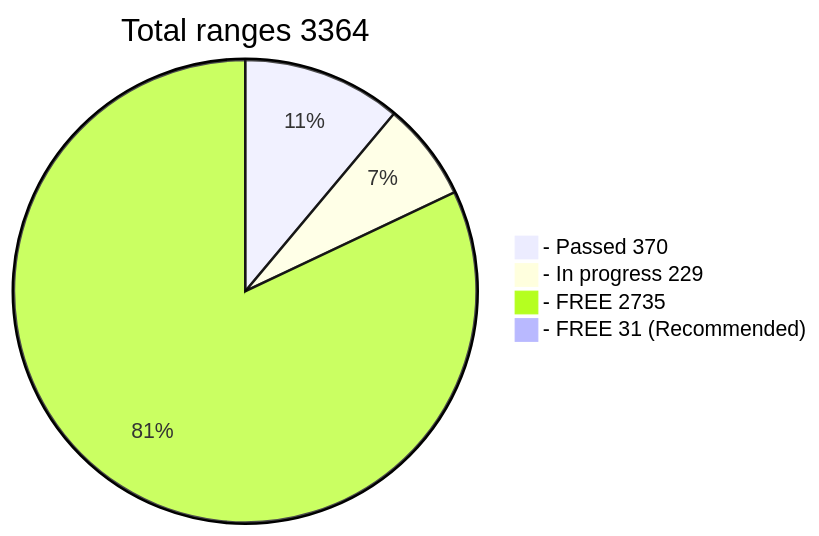
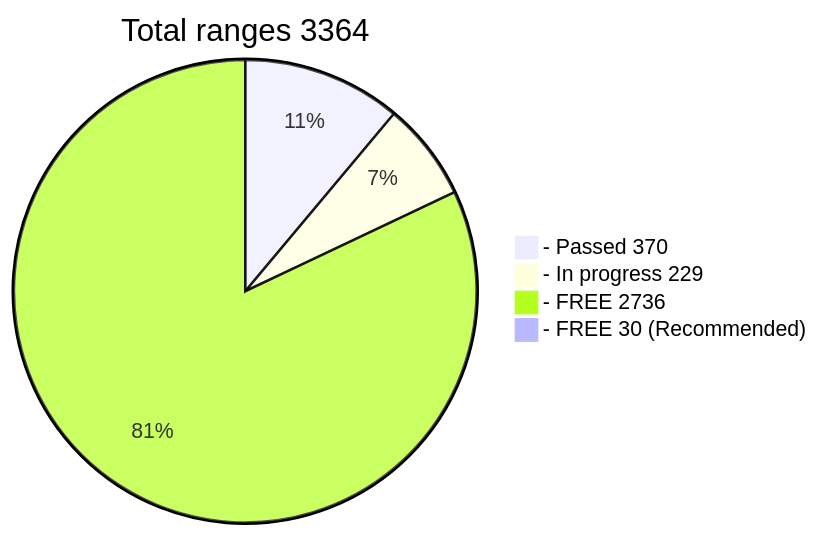
One commit to phrutis/wif500 changed the diagram in README.md. Above: the diagram before and after it, drawn with Mermaid.

````diff
--- a/README.md
+++ b/README.md
@@ -16,7 +16,7 @@
 ```mermaid
 pie title Total ranges 3364
   "- Passed 370" : 370
   "- In progress 229" : 229
-  "- FREE 2735" : 2735
-  "- FREE 31 (Recommended)" : 31
+  "- FREE 2736" : 2736
+  "- FREE 30 (Recommended)" : 30
 ```
````
